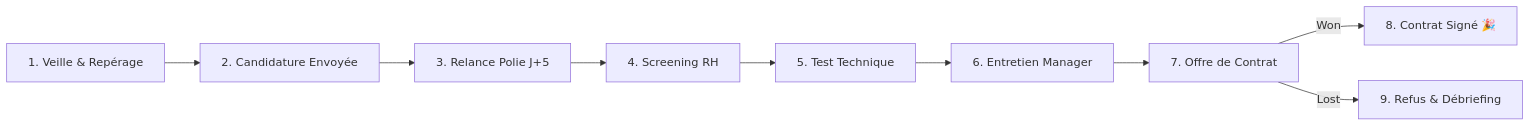
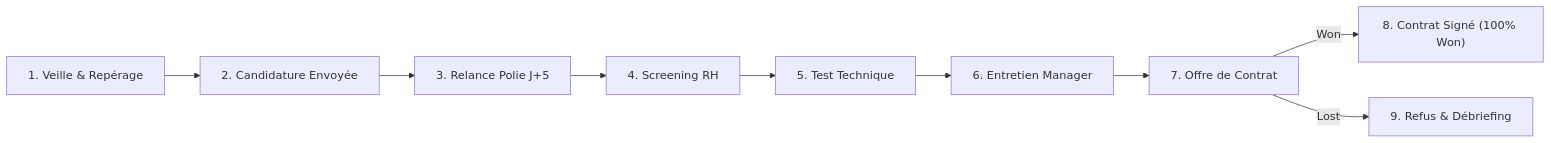
Before and after one commit to tawounfouet/pycrmkit: the second of 2 diagrams in docs/analysis/student-internship-alternance-job-hunt.md, drawn with Mermaid. The commit also changed other lines of this file and 33 other files, not shown here.

Commit message:
fix(docs): standardize relative markdown links, fix mermaid syntax and add ascii schemas

````diff
--- a/docs/analysis/student-internship-alternance-job-hunt.md
+++ b/docs/analysis/student-internship-alternance-job-hunt.md
@@ -102,11 +102,11 @@
 ```mermaid
 flowchart LR
-    S1[1. Veille & Repérage] --> S2[2. Candidature Envoyée]
-    S2 --> S3[3. Relance Polie J+5]
-    S3 --> S4[4. Screening RH]
-    S4 --> S5[5. Test Technique]
-    S5 --> S6[6. Entretien Manager]
-    S6 --> S7[7. Offre de Contrat]
-    S7 -->|Won| S8[8. Contrat Signé 🎉]
-    S7 -->|Lost| S9[9. Refus & Débriefing]
+    S1["1. Veille & Repérage"] --> S2["2. Candidature Envoyée"]
+    S2 --> S3["3. Relance Polie J+5"]
+    S3 --> S4["4. Screening RH"]
+    S4 --> S5["5. Test Technique"]
+    S5 --> S6["6. Entretien Manager"]
+    S6 --> S7["7. Offre de Contrat"]
+    S7 -->|"Won"| S8["8. Contrat Signé (100% Won)"]
+    S7 -->|"Lost"| S9["9. Refus & Débriefing"]
 ```
````
